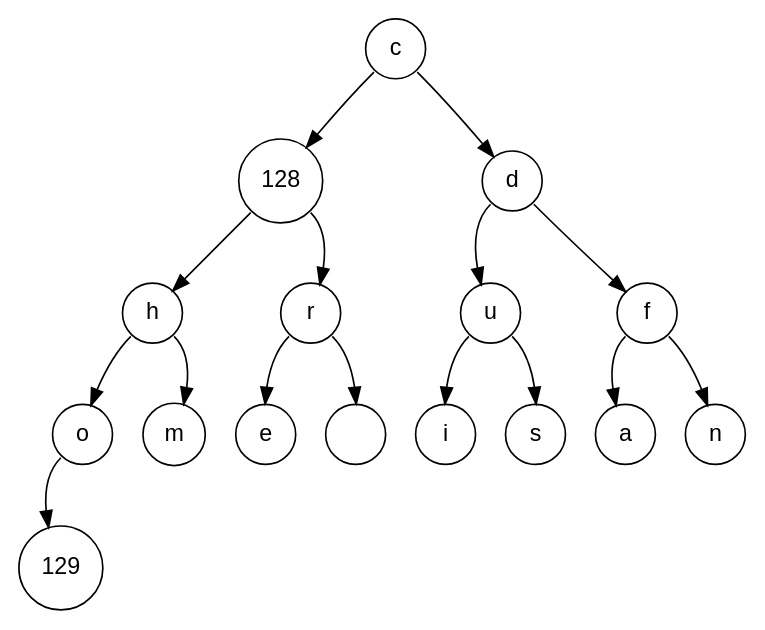
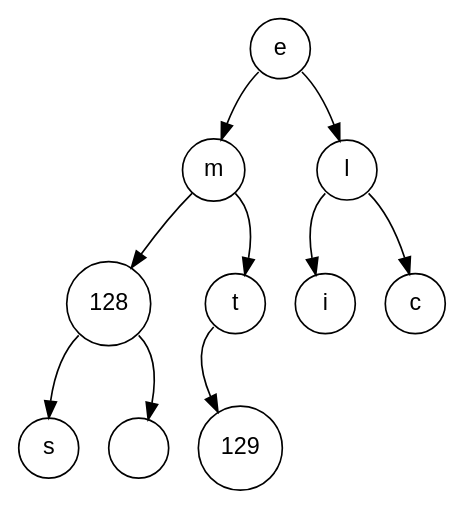
One commit to Procuste34/codage_huffman_c changed the diagram in fichiers_viz/minimier_etape_2.dot. Above: the diagram before and after it, drawn with Graphviz. The commit also changed 47 other files, not shown here.

```diff
--- a/fichiers_viz/minimier_etape_2.dot
+++ b/fichiers_viz/minimier_etape_2.dot
@@ -1,34 +1,22 @@
 digraph POT_test {
 node [fontname="Arial", shape="circle", width=0.5];
+101 [label = "e"]
+101:sw -> 109
+101:se -> 108
+109 [label = "m"]
+109:sw -> 128
+109:se -> 116
+128 [label = "128"]
+128:sw -> 115
+128:se -> 32
+115 [label = "s"]
+32 [label = " "]
+116 [label = "t"]
+116:sw -> 129
+129 [label = "129"]
+108 [label = "l"]
+108:sw -> 105
+108:se -> 99
+105 [label = "i"]
 99 [label = "c"]
-99:sw -> 128
-99:se -> 100
-128 [label = "128"]
-128:sw -> 104
-128:se -> 114
-104 [label = "h"]
-104:sw -> 111
-104:se -> 109
-111 [label = "o"]
-111:sw -> 129
-129 [label = "129"]
-109 [label = "m"]
-114 [label = "r"]
-114:sw -> 101
-114:se -> 32
-101 [label = "e"]
-32 [label = " "]
-100 [label = "d"]
-100:sw -> 117
-100:se -> 102
-117 [label = "u"]
-117:sw -> 105
-117:se -> 115
-105 [label = "i"]
-115 [label = "s"]
-102 [label = "f"]
-102:sw -> 97
-102:se -> 110
-97 [label = "a"]
-110 [label = "n"]
 }
```
